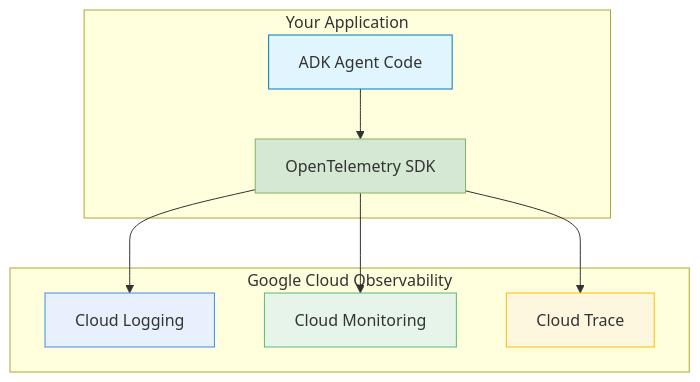
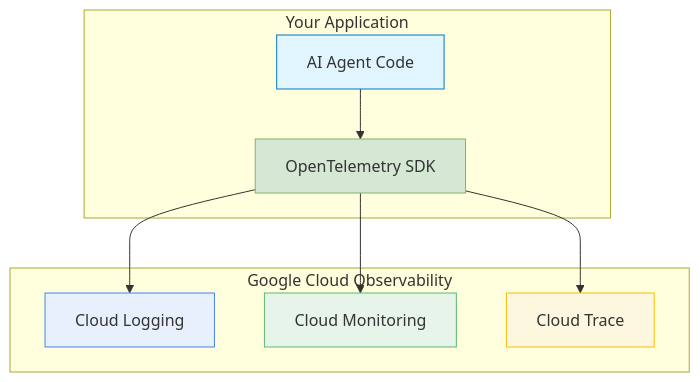
One commit to raphaelmansuy/tutorials changed the third of 4 diagrams in 31_observability_llm_adk_vertex.md. Above: the diagram before and after it, drawn with Mermaid. The commit also changed other lines of this file, not shown here.

Commit message:
Update observability tutorial to clarify SDK usage and model availability. Replace deprecated references, enhance agent terminology, and improve content accuracy for Gemini models.

````diff
--- a/31_observability_llm_adk_vertex.md
+++ b/31_observability_llm_adk_vertex.md
@@ -847,24 +849,24 @@
 ```mermaid
 flowchart TB
     subgraph "Your Application"
-        ADK[ADK Agent Code]
+        AGENT[AI Agent Code]
         OTEL_SDK[OpenTelemetry SDK]
     end
 
     subgraph "Google Cloud Observability"
         CL[Cloud Logging]
         CM[Cloud Monitoring]
         CT[Cloud Trace]
     end
 
-    ADK --> OTEL_SDK
+    AGENT --> OTEL_SDK
     OTEL_SDK --> CL
     OTEL_SDK --> CM
     OTEL_SDK --> CT
 
-    style ADK fill:#e1f5fe,stroke:#0277bd
+    style AGENT fill:#e1f5fe,stroke:#0277bd
     style OTEL_SDK fill:#d5e8d4,stroke:#82b366
     style CL fill:#e8f0fe,stroke:#4285f4
     style CM fill:#e6f4ea,stroke:#5bb974
     style CT fill:#fef7e0,stroke:#fbbc04
 ```
````
